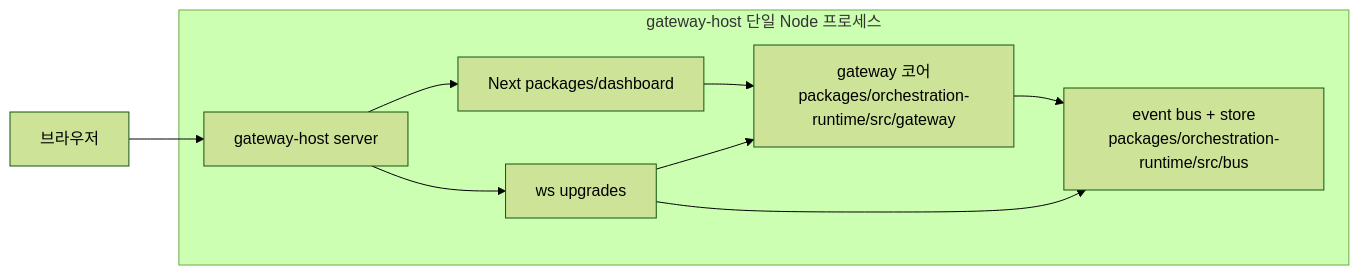
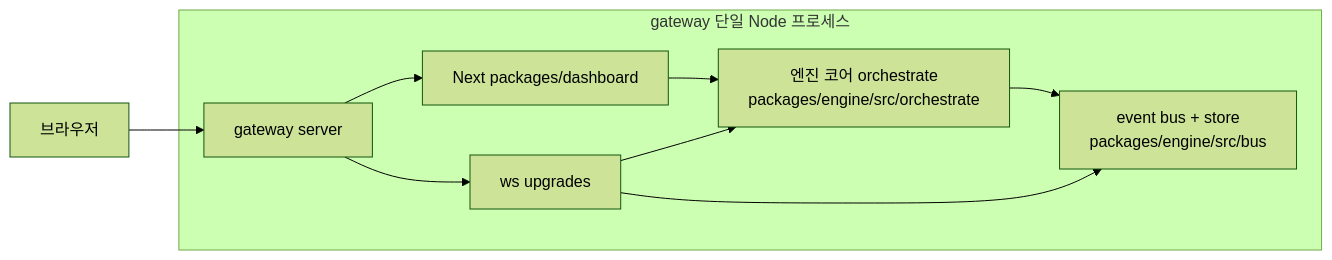
One commit to sdadaniel/orchestation changed the diagram in docs/architecture/gateway-unified-architecture-plan.md. Above: the diagram before and after it, drawn with Mermaid (forest theme). The commit also changed other lines of this file and 133 other files, not shown here.

````diff
--- a/docs/architecture/gateway-unified-architecture-plan.md
+++ b/docs/architecture/gateway-unified-architecture-plan.md
@@ -150,17 +150,17 @@
 ```mermaid
 flowchart LR
-  subgraph process [gateway-host 단일 Node 프로세스]
-    GH[gateway-host server]
+  subgraph process [gateway 단일 Node 프로세스]
+    GH[gateway server]
     Next[Next packages/dashboard]
     WS[ws upgrades]
-    GW[gateway 코어<br/>packages/orchestration-runtime/src/gateway]
-    Bus[event bus + store<br/>packages/orchestration-runtime/src/bus]
+    GW[엔진 코어 orchestrate<br/>packages/engine/src/orchestrate]
+    Bus[event bus + store<br/>packages/engine/src/bus]
     GH --> Next
     GH --> WS
     Next --> GW
     WS --> GW
     GW --> Bus
     WS --> Bus
   end
   UserBrowser[브라우저] --> GH
 ```
````
